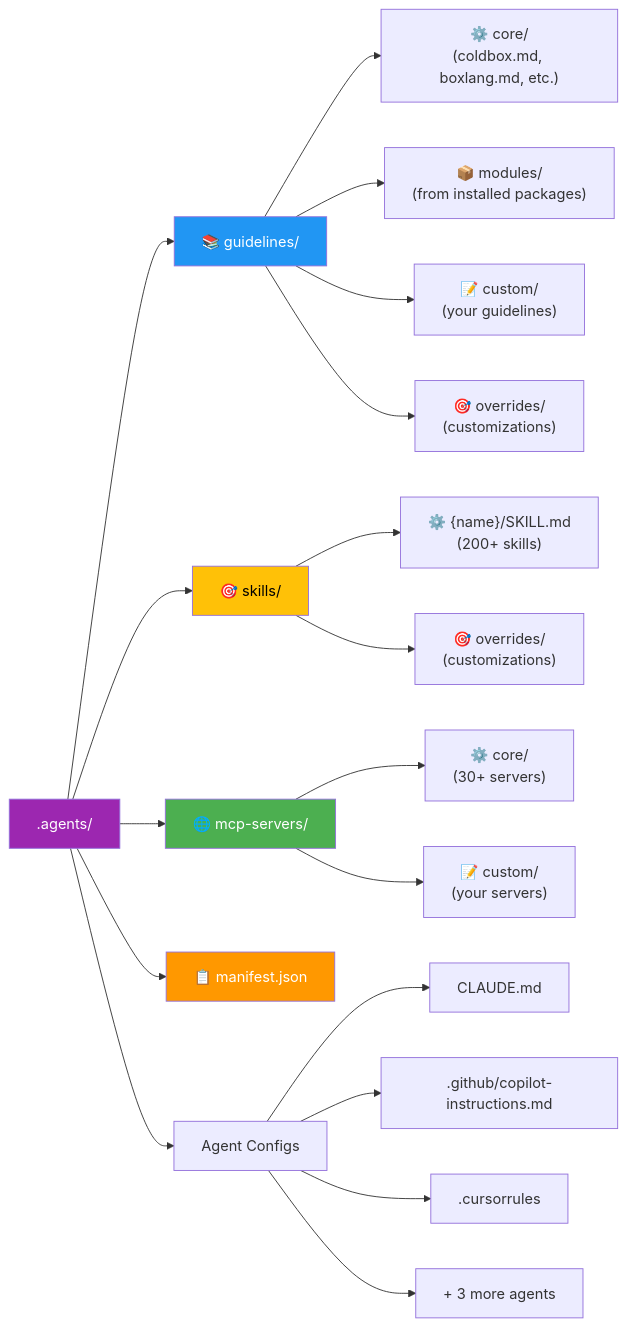
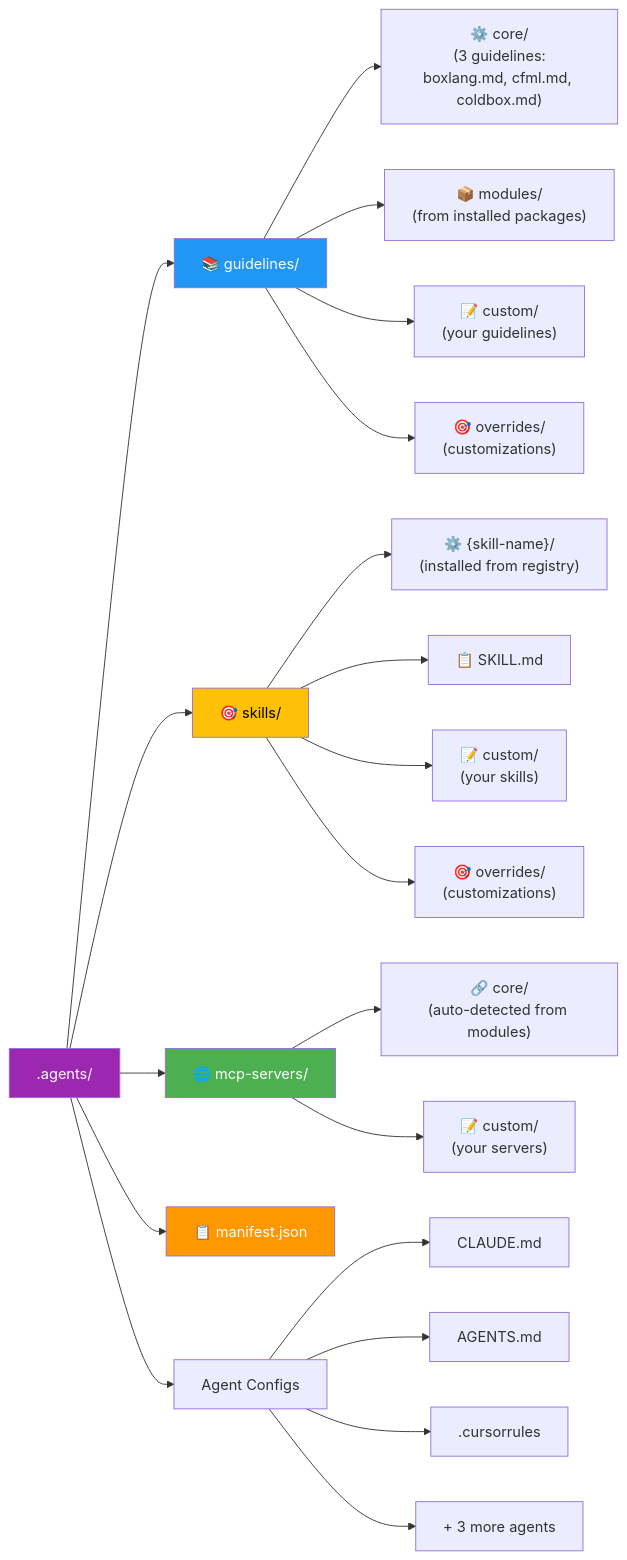
The third of 8 diagrams in digging-deeper/ai/agentic-coldbox.md (ortus-docs/coldbox-docs), drawn with Mermaid before and after one commit. The commit also changed other lines of this file and 1 other file, not shown here.

````diff
--- a/digging-deeper/ai/agentic-coldbox.md
+++ b/digging-deeper/ai/agentic-coldbox.md
@@ -176,32 +176,34 @@
 ```mermaid
 graph LR
     Root[".agents/"]
 
     Root --> Guidelines["📚 guidelines/"]
     Root --> Skills["🎯 skills/"]
     Root --> MCP["🌐 mcp-servers/"]
     Root --> Manifest["📋 manifest.json"]
 
-    Guidelines --> GCore["⚙️ core/\n(coldbox.md, boxlang.md, etc.)"]
+    Guidelines --> GCore["⚙️ core/\n(3 guidelines:\nboxlang.md, cfml.md, coldbox.md)"]
     Guidelines --> GModules["📦 modules/\n(from installed packages)"]
     Guidelines --> GCustom["📝 custom/\n(your guidelines)"]
     Guidelines --> GOverride["🎯 overrides/\n(customizations)"]
 
-    Skills --> SSkills["⚙️ {name}/SKILL.md\n(200+ skills)"]
+    Skills --> SSkills["⚙️ {skill-name}/\n(installed from registry)"]
+    Skills --> SSkillFile["📋 SKILL.md"]
+    Skills --> SCustom["📝 custom/\n(your skills)"]
     Skills --> SOverride["🎯 overrides/\n(customizations)"]
 
-    MCP --> MCPCore["⚙️ core/\n(30+ servers)"]
+    MCP --> MCPCore["🔗 core/\n(auto-detected from modules)"]
     MCP --> MCPCustom["📝 custom/\n(your servers)"]
 
     Root --> Agents["Agent Configs"]
     Agents --> Claude["CLAUDE.md"]
-    Agents --> Copilot[".github/copilot-instructions.md"]
+    Agents --> Copilot["AGENTS.md"]
     Agents --> Cursor[".cursorrules"]
     Agents --> Other["+ 3 more agents"]
 
     style Root fill:#9c27b0,color:#fff
     style Guidelines fill:#2196f3,color:#fff
     style Skills fill:#ffc107,color:#000
     style MCP fill:#4caf50,color:#fff
     style Manifest fill:#ff9800,color:#fff
 ```
````
